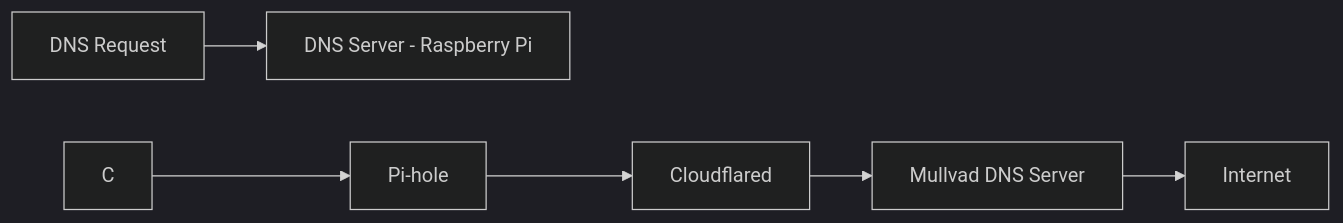
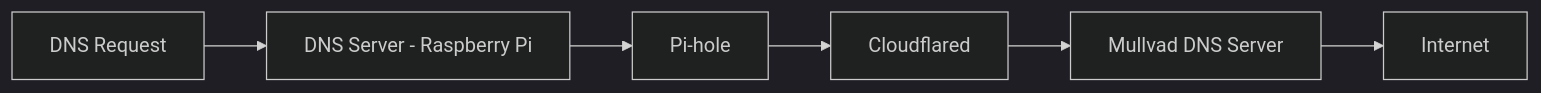
Before and after one commit to ignaciosolergarcia/securepihole: the second of 2 diagrams in README.md, drawn with Mermaid (dark theme).

````diff
--- a/README.md
+++ b/README.md
@@ -23,8 +23,8 @@
 ```mermaid
 flowchart  LR
 A[DNS Request] --> B[DNS Server - Raspberry Pi]
-C --> D[Pi-hole]
-D --> E[Cloudflared]
-E --> F[Mullvad DNS Server]
-F --> G[Internet]
+B --> C[Pi-hole]
+C --> D[Cloudflared]
+D --> E[Mullvad DNS Server]
+E --> F[Internet]
 ```
````
